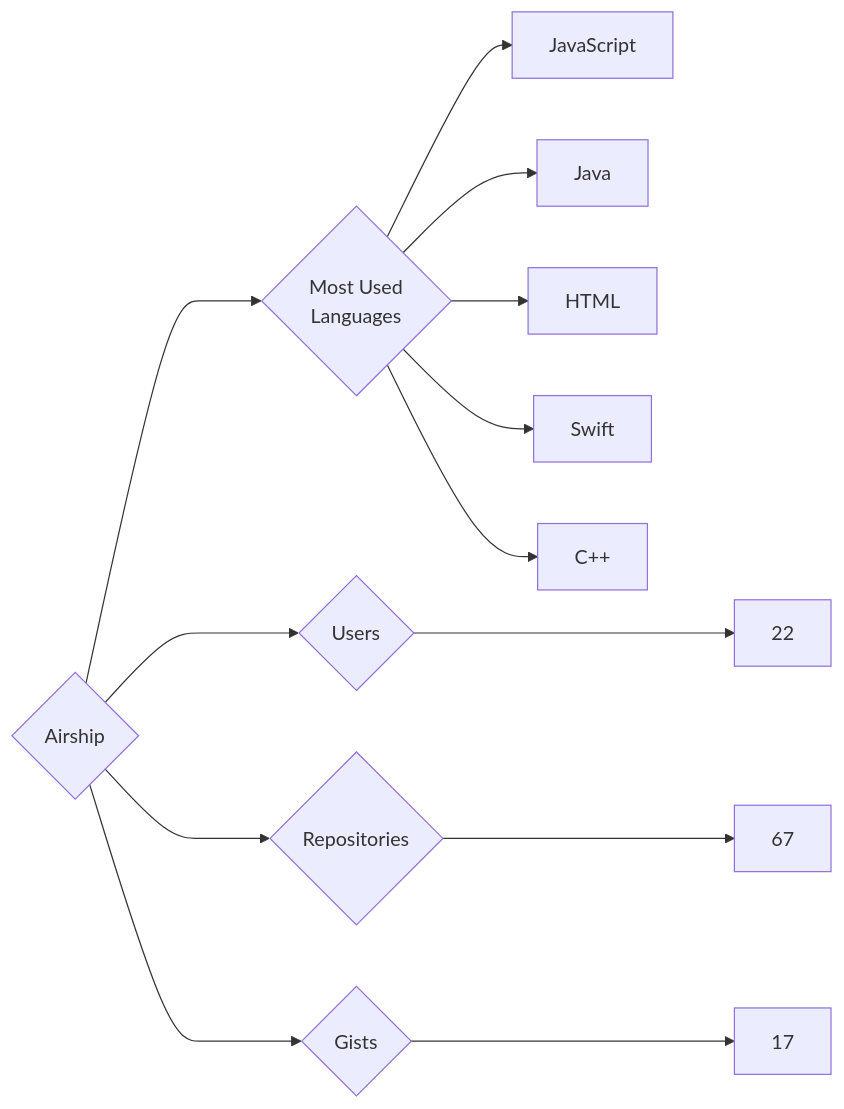
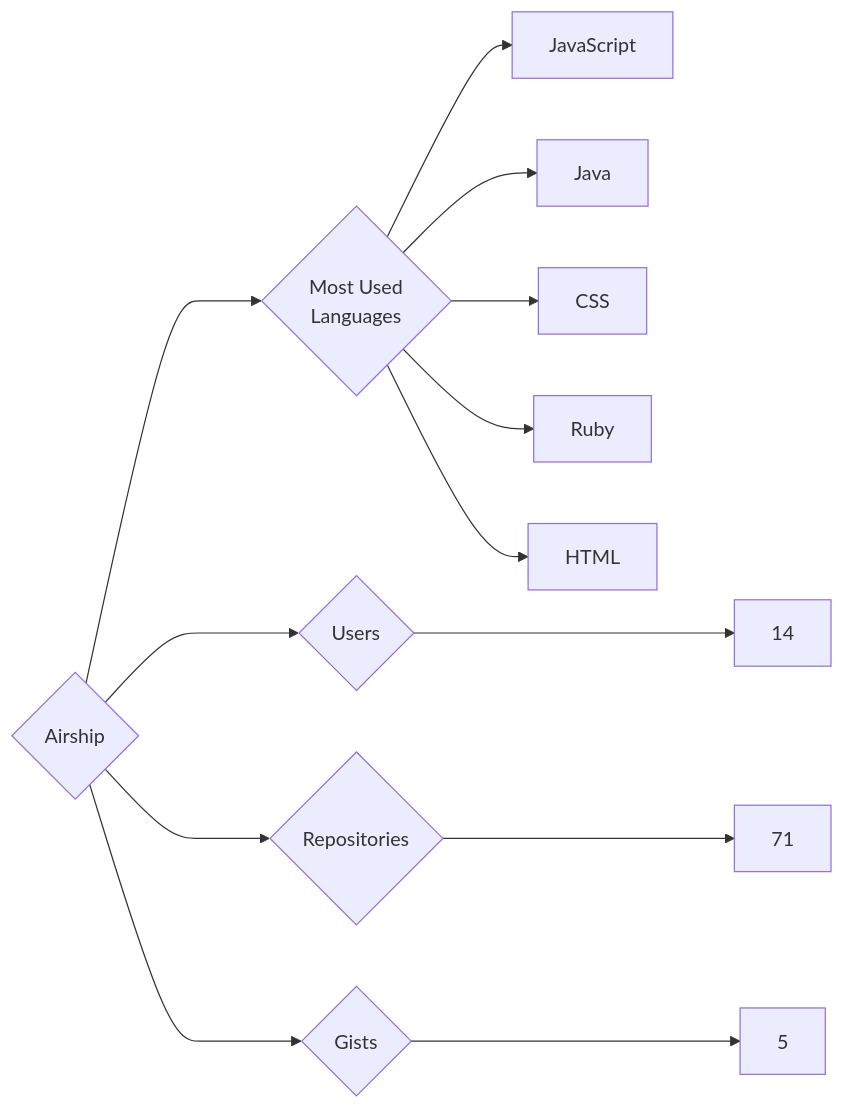
One commit to trickest/insiders changed the diagram in targets/Airship/README.md. Above: the diagram before and after it, drawn with Mermaid. The commit also changed 1084 other files, not shown here.

````diff
--- a/targets/Airship/README.md
+++ b/targets/Airship/README.md
@@ -3,13 +3,13 @@
 ```mermaid
 graph LR
 COMPANY_NAME{Airship}
-COMPANY_NAME ---> U{Users} ---> UN[22]
-COMPANY_NAME ---> R{Repositories} ---> RN[67]
-COMPANY_NAME ---> G{Gists} ---> GN[17]
+COMPANY_NAME ---> U{Users} ---> UN[14]
+COMPANY_NAME ---> R{Repositories} ---> RN[71]
+COMPANY_NAME ---> G{Gists} ---> GN[5]
 COMPANY_NAME ---> ML{Most Used<br>Languages}
 ML --> JavaScript[JavaScript]
 ML --> Java[Java]
+ML --> CSS[CSS]
+ML --> Ruby[Ruby]
 ML --> HTML[HTML]
-ML --> Swift[Swift]
-ML --> C++[C++]
 ```
````
